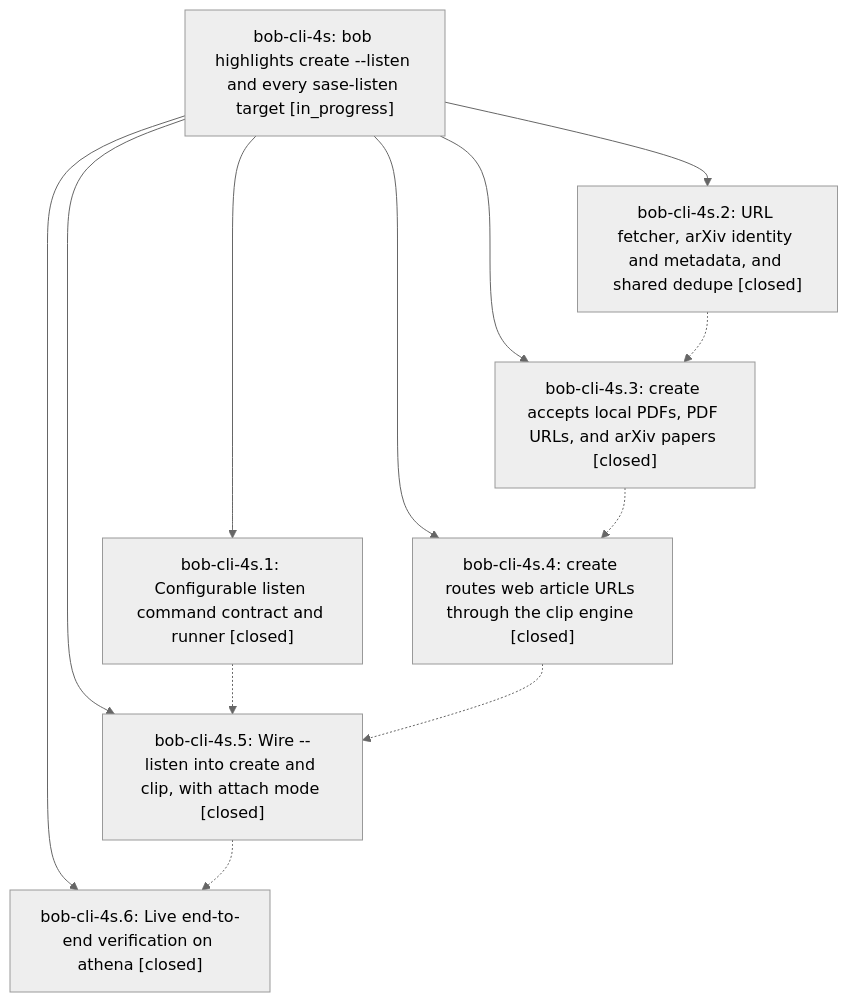
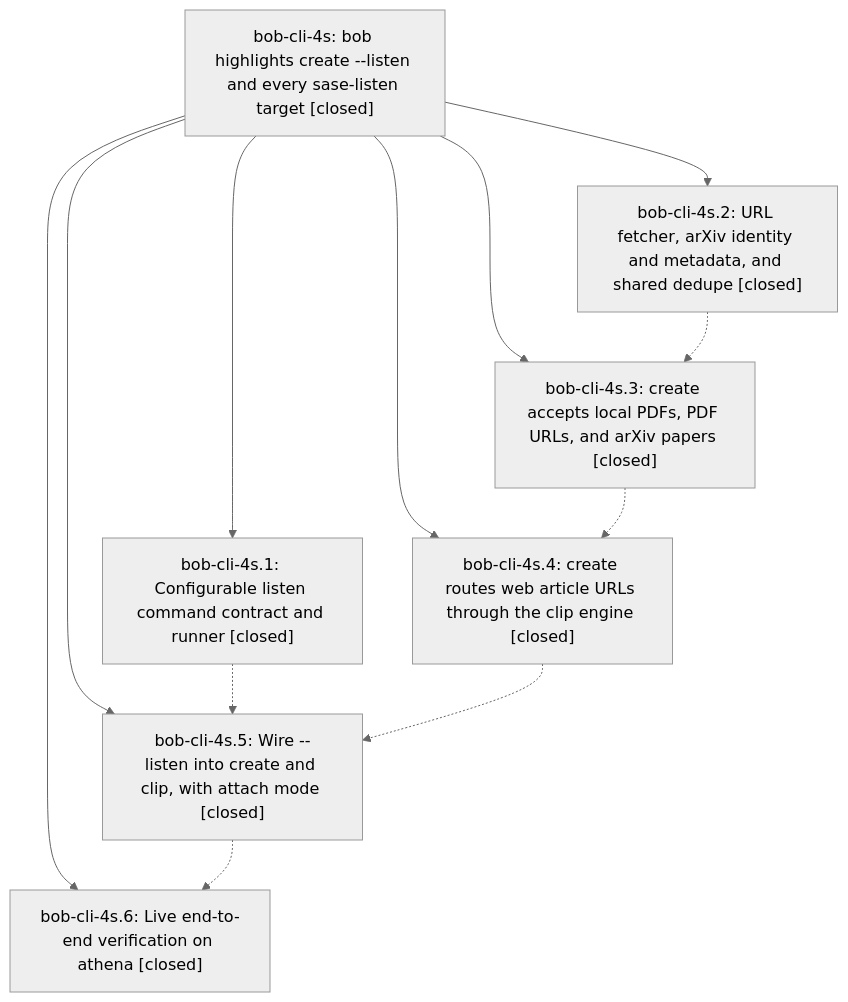
One commit to bobs-org/bob-cli--beads changed the diagram in pages/bob-cli-4s/README.md. Above: the diagram before and after it, drawn with Mermaid (neutral theme). The commit also changed other lines of this file, not shown here.

First line of the commit message:
chore(beads): sync bead state and pages for bob-cli-4s

````diff
--- a/pages/bob-cli-4s/README.md
+++ b/pages/bob-cli-4s/README.md
@@ -27,21 +49,21 @@
 ```mermaid
 flowchart TD
-    n0["bob-cli-4s: bob highlights create --listen and every sase-listen target [in_progress]"]
+    n0["bob-cli-4s: bob highlights create --listen and every sase-listen target [closed]"]
     n1["bob-cli-4s.1: Configurable listen command contract and runner [closed]"]
     n2["bob-cli-4s.2: URL fetcher, arXiv identity and metadata, and shared dedupe [closed]"]
     n3["bob-cli-4s.3: create accepts local PDFs, PDF URLs, and arXiv papers [closed]"]
     n4["bob-cli-4s.4: create routes web article URLs through the clip engine [closed]"]
     n5["bob-cli-4s.5: Wire --listen into create and clip, with attach mode [closed]"]
     n6["bob-cli-4s.6: Live end-to-end verification on athena [closed]"]
     n0 --> n1
     n0 --> n2
     n0 --> n3
     n0 --> n4
     n0 --> n5
     n0 --> n6
     n1 -.-> n5
     n2 -.-> n3
     n3 -.-> n4
     n4 -.-> n5
     n5 -.-> n6
 ```
````
